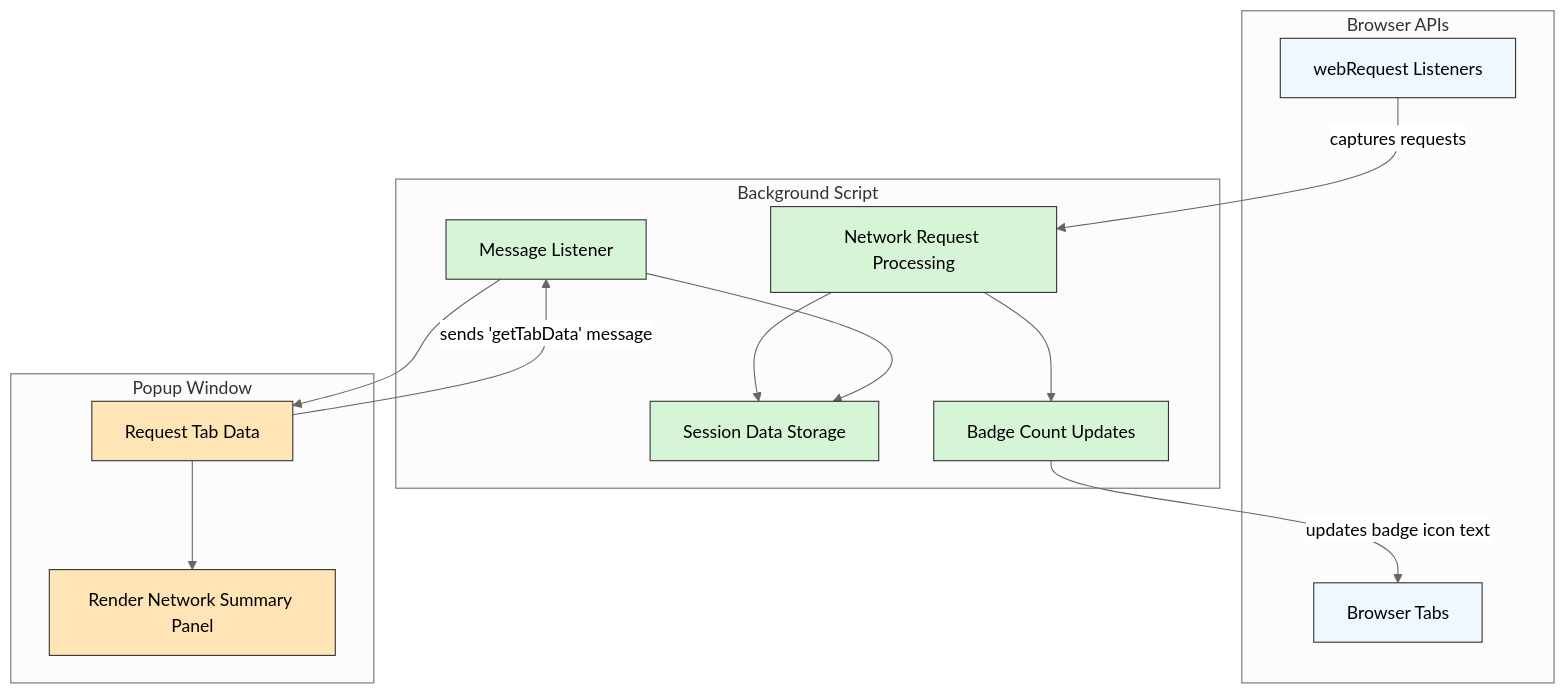
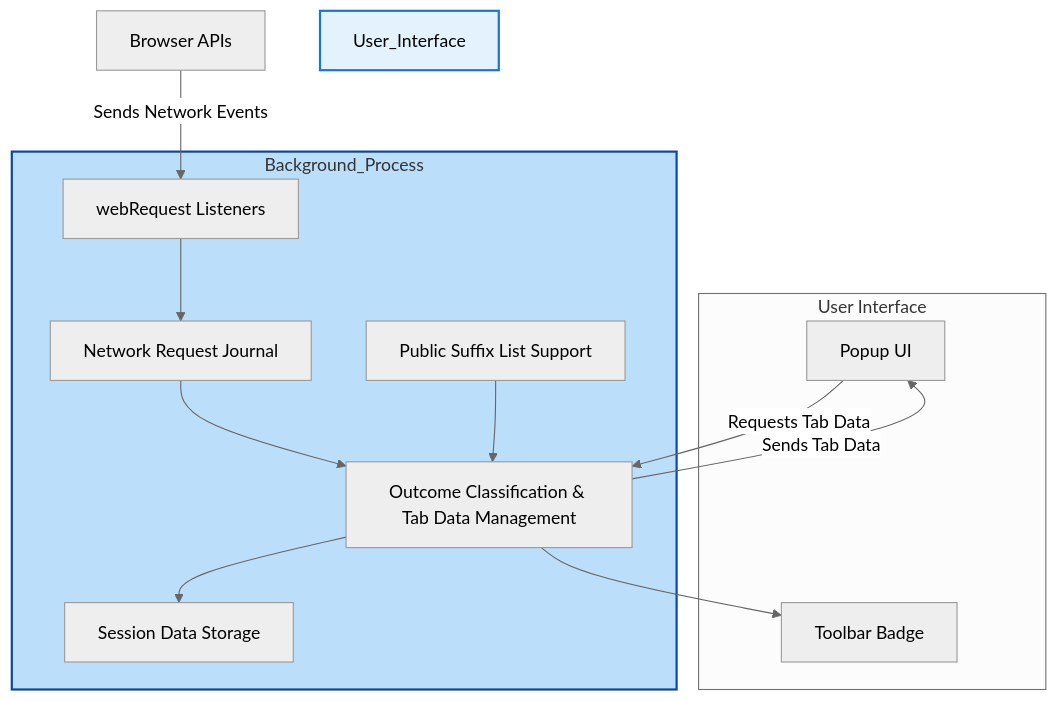
The diagram in overview/core-concepts-architecture/system-architecture-overview.mdx (clidey/docucod-public-project-adf15a81-508f-4f0d-9083-12549e1f66a0), drawn with Mermaid (neutral theme) before and after one commit. The commit also changed other lines of this file and 18 other files, not shown here.

````diff
--- a/overview/core-concepts-architecture/system-architecture-overview.mdx
+++ b/overview/core-concepts-architecture/system-architecture-overview.mdx
@@ -24,38 +54,31 @@
 ```mermaid
 flowchart TD
+    subgraph User Interface
+        PopupUI["Popup UI"]
+        Badge["Toolbar Badge"]
+    end
 
-  subgraph Browser APIs
-    WEBREQ["webRequest Listeners"]
-    TABS["Browser Tabs"]
-  end
+    subgraph Background_Process
+        WebRequestListener["webRequest Listeners"]
+        NetworkJournal["Network Request Journal"]
+        OutcomeProcessor["Outcome Classification & Tab Data Management"]
+        SessionStorage["Session Data Storage"]
+        PublicSuffixList["Public Suffix List Support"]
+    end
 
-  subgraph BackgroundScript["Background Script"]
-    SESSION["Session Data Storage"]
-    PROCESS["Network Request Processing"]
-    BADGE["Badge Count Updates"]
-    MSG["Message Listener"]
-  end
+    Browser["Browser APIs"]
 
-  subgraph PopupUI["Popup Window"]
-    REQUEST["Request Tab Data"]
-    RENDER["Render Network Summary Panel"]
-  end
+    %% Relationships
+    Browser -->|Sends Network Events| WebRequestListener
+    WebRequestListener --> NetworkJournal
+    NetworkJournal --> OutcomeProcessor
+    OutcomeProcessor --> SessionStorage
+    OutcomeProcessor --> Badge
+    PopupUI -->|Requests Tab Data| OutcomeProcessor
+    OutcomeProcessor -->|Sends Tab Data| PopupUI
+    PublicSuffixList --> OutcomeProcessor
 
-  WEBREQ -->|captures requests| PROCESS
-  PROCESS --> SESSION
-  PROCESS --> BADGE
-  BADGE -->|updates badge icon text| TABS
+    style User_Interface fill:#e3f2fd,stroke:#1976d2,stroke-width:2px
+    style Background_Process fill:#bbdefb,stroke:#0d47a1,stroke-width:2px
 
-  REQUEST -->|sends 'getTabData' message| MSG
-  MSG --> SESSION
-  MSG --> REQUEST
-  REQUEST --> RENDER
-
-  classDef browserApi fill:#f0f8ff,stroke:#333,stroke-width:1px;
-  classDef bgScript fill:#d6f5d6,stroke:#333,stroke-width:1px;
-  classDef popup fill:#ffe4b5,stroke:#333,stroke-width:1px;
-
-  class WEBREQ,TABS browserApi;
-  class SESSION,PROCESS,BADGE,MSG bgScript;
-  class REQUEST,RENDER popup;
 ```
````
